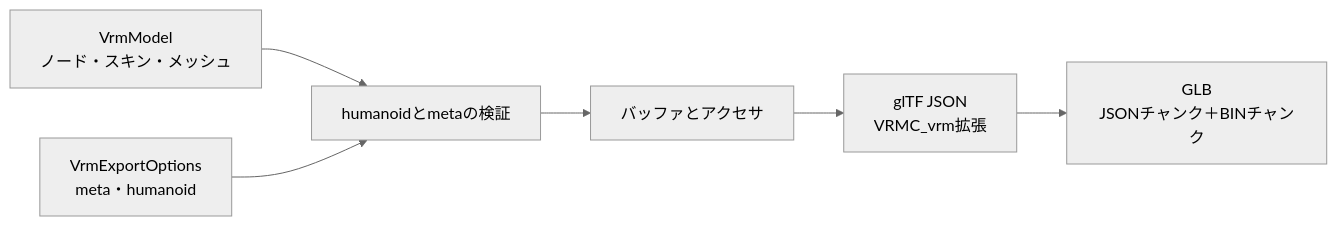
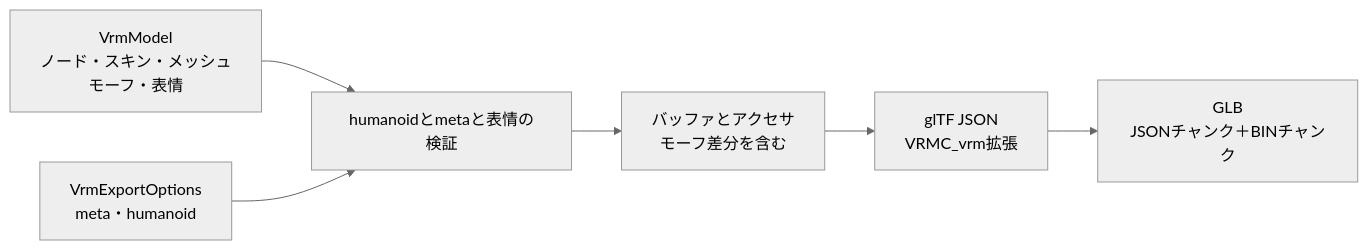
The diagram in design/VRM書き出し.md (halby24/vrctom), drawn with Mermaid (neutral theme) before and after one commit. The commit also changed other lines of this file and 15 other files, not shown here.

````diff
--- a/design/VRM書き出し.md
+++ b/design/VRM書き出し.md
@@ -13,8 +15,8 @@
 ```mermaid
 flowchart LR
-    model[VrmModel<br/>ノード・スキン・メッシュ] --> validate[humanoidとmetaの検証]
+    model[VrmModel<br/>ノード・スキン・メッシュ<br/>モーフ・表情] --> validate[humanoidとmetaと表情の検証]
     options[VrmExportOptions<br/>meta・humanoid] --> validate
-    validate --> accessors[バッファとアクセサ]
+    validate --> accessors[バッファとアクセサ<br/>モーフ差分を含む]
     accessors --> json[glTF JSON<br/>VRMC_vrm拡張]
     json --> glb[GLB<br/>JSONチャンク＋BINチャンク]
 ```
````
